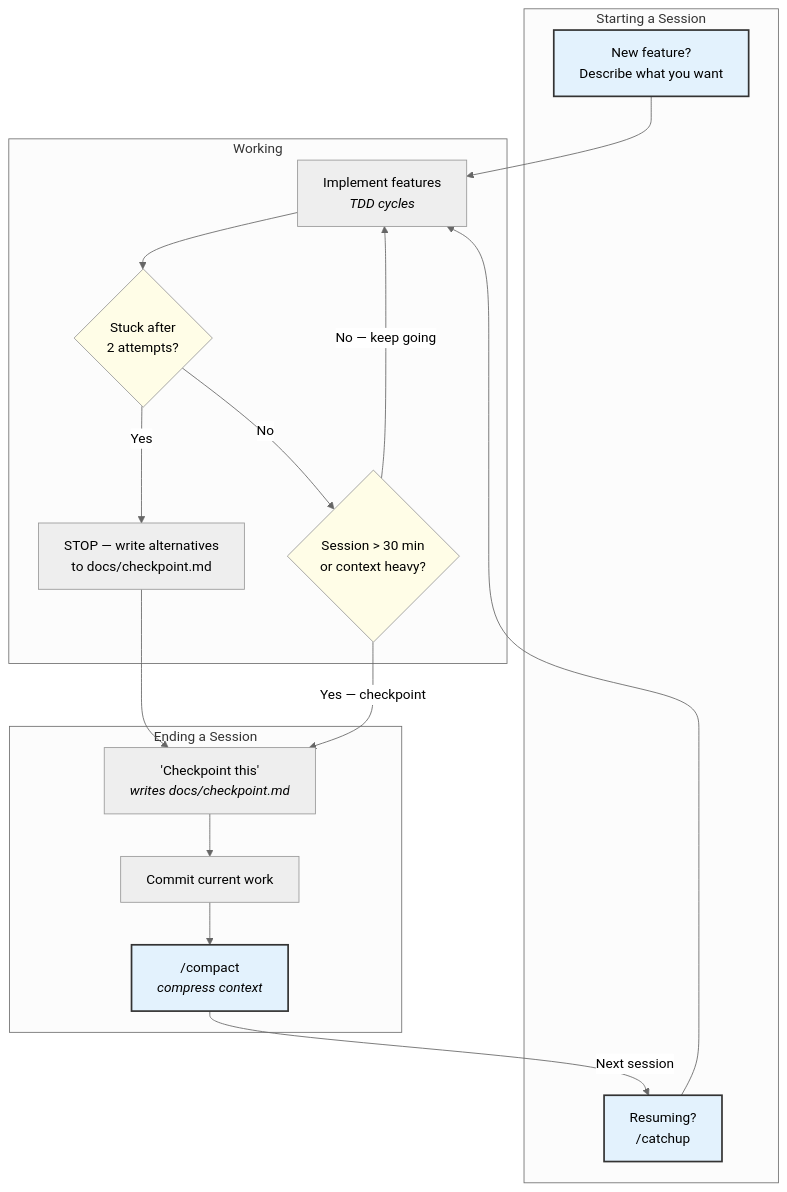
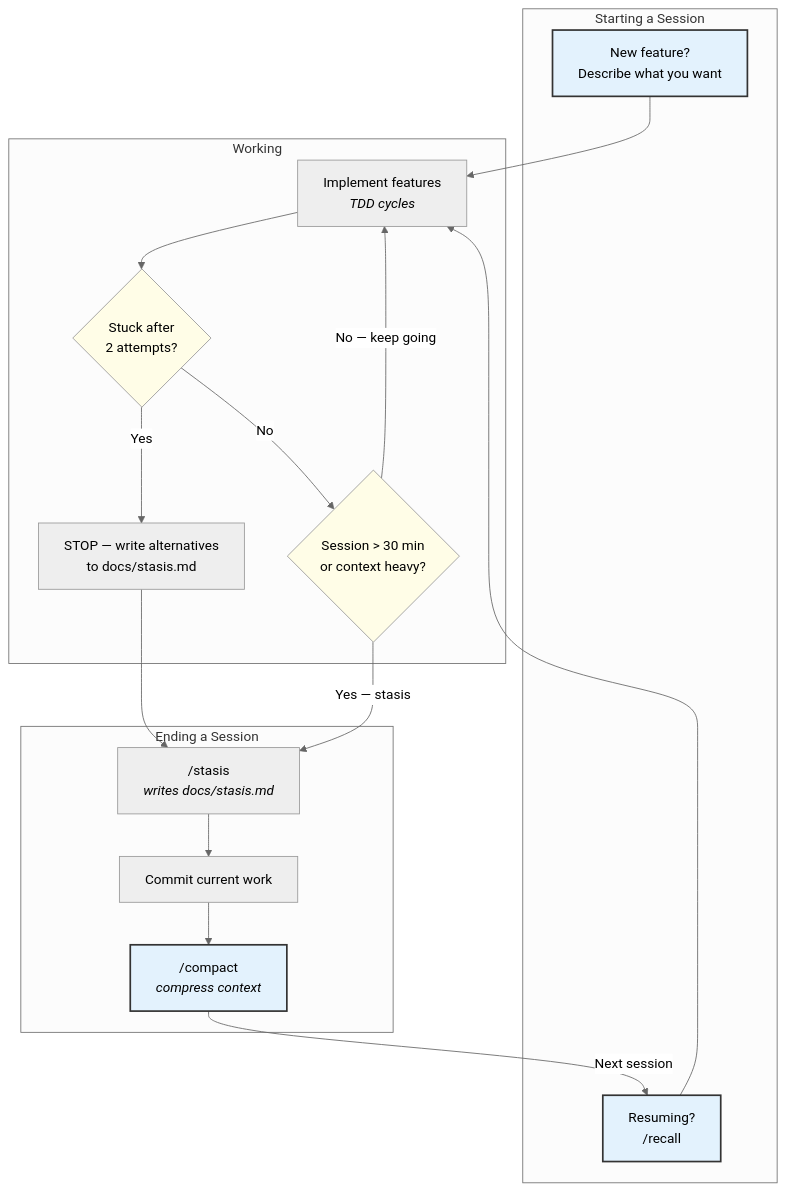
One commit to goldhaxx/fucina changed the diagram in .ccanvil/guide/session-management.md. Above: the diagram before and after it, drawn with Mermaid (neutral theme). The commit also changed other lines of this file and 15 other files, not shown here.

````diff
--- a/.ccanvil/guide/session-management.md
+++ b/.ccanvil/guide/session-management.md
@@ -5,39 +5,39 @@
 ```mermaid
 flowchart TD
     subgraph "Starting a Session"
         NEW["New feature?<br/>Describe what you want"]
-        RESUME["Resuming?<br/>/catchup"]
+        RESUME["Resuming?<br/>/recall"]
     end
 
     subgraph "Working"
         WORK["Implement features<br/><i>TDD cycles</i>"]
         STUCK{"Stuck after<br/>2 attempts?"}
-        STOP["STOP — write alternatives<br/>to docs/checkpoint.md"]
+        STOP["STOP — write alternatives<br/>to docs/stasis.md"]
         LONG{"Session > 30 min<br/>or context heavy?"}
     end
 
     subgraph "Ending a Session"
-        CP["'Checkpoint this'<br/><i>writes docs/checkpoint.md</i>"]
+        CP["/stasis<br/><i>writes docs/stasis.md</i>"]
         COMMIT["Commit current work"]
         COMPACT["/compact<br/><i>compress context</i>"]
     end
 
     NEW --> WORK
     RESUME --> WORK
     WORK --> STUCK
     STUCK -->|"No"| LONG
     STUCK -->|"Yes"| STOP
     STOP --> CP
-    LONG -->|"Yes — checkpoint"| CP
+    LONG -->|"Yes — stasis"| CP
     LONG -->|"No — keep going"| WORK
     CP --> COMMIT
     COMMIT --> COMPACT
 
     COMPACT -->|"Next session"| RESUME
 
     style NEW fill:#e3f2fd,stroke:#333,stroke-width:2px
     style RESUME fill:#e3f2fd,stroke:#333,stroke-width:2px
     style COMPACT fill:#e3f2fd,stroke:#333,stroke-width:2px
     style STUCK fill:#fffde7
     style LONG fill:#fffde7
 ```
````
